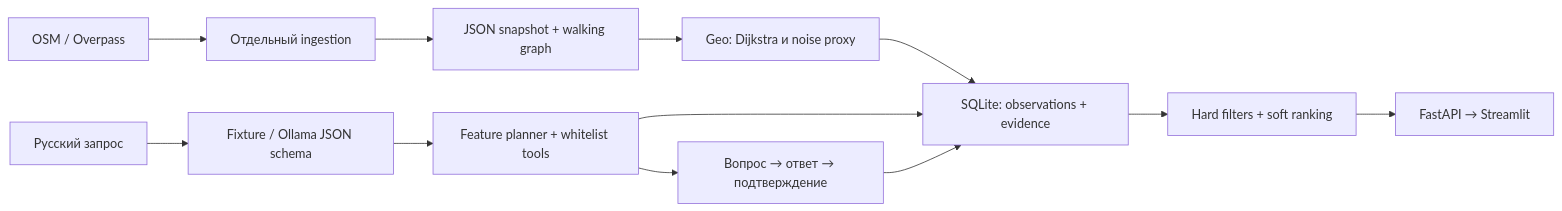
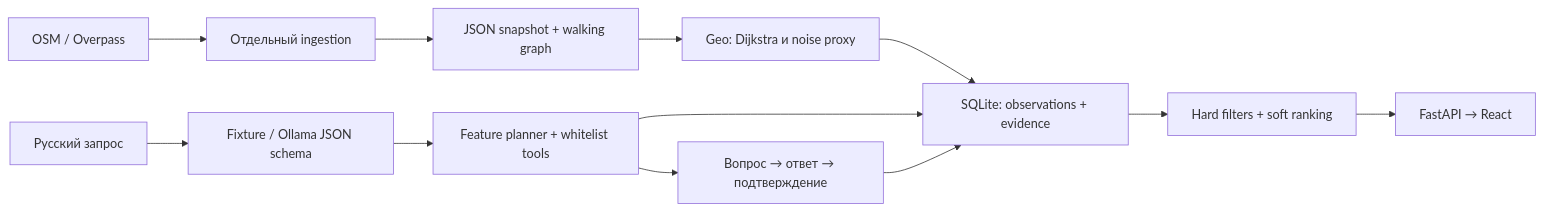
The diagram in docs/ARCHITECTURE.md (Grigary01/hack-o), drawn with Mermaid before and after one commit. The commit also changed other lines of this file and 49 other files, not shown here.

````diff
--- a/docs/ARCHITECTURE.md
+++ b/docs/ARCHITECTURE.md
@@ -7,14 +7,14 @@
 ```mermaid
 flowchart LR
   O[OSM / Overpass] --> I[Отдельный ingestion]
   I --> S[JSON snapshot + walking graph]
   S --> G[Geo: Dijkstra и noise proxy]
   G --> D[SQLite: observations + evidence]
   U[Русский запрос] --> M[Fixture / Ollama JSON schema]
   M --> A[Feature planner + whitelist tools]
   A --> D
   A --> H[Вопрос → ответ → подтверждение]
   H --> D
   D --> R[Hard filters + soft ranking]
-  R --> F[FastAPI → Streamlit]
+  R --> F[FastAPI → React]
 ```
````
